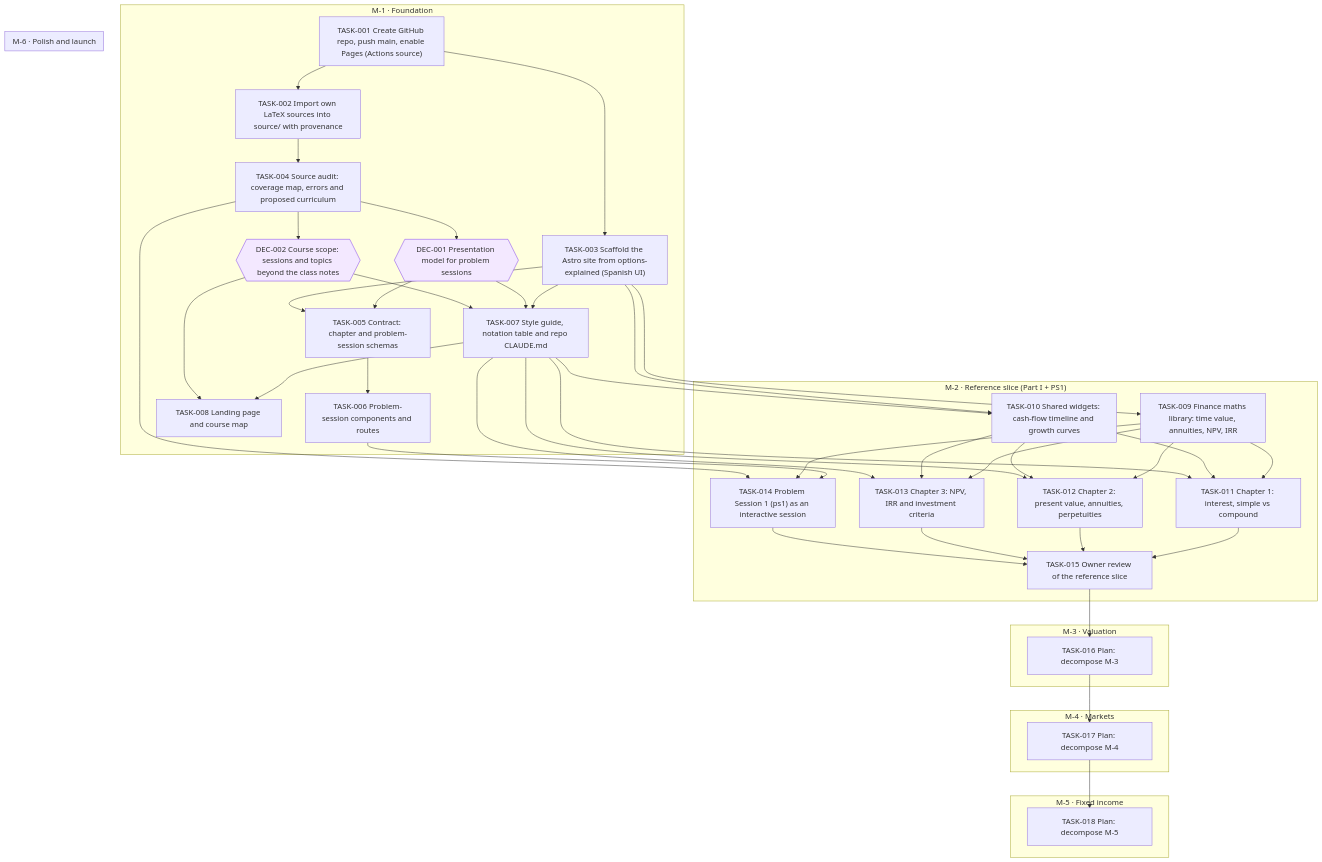
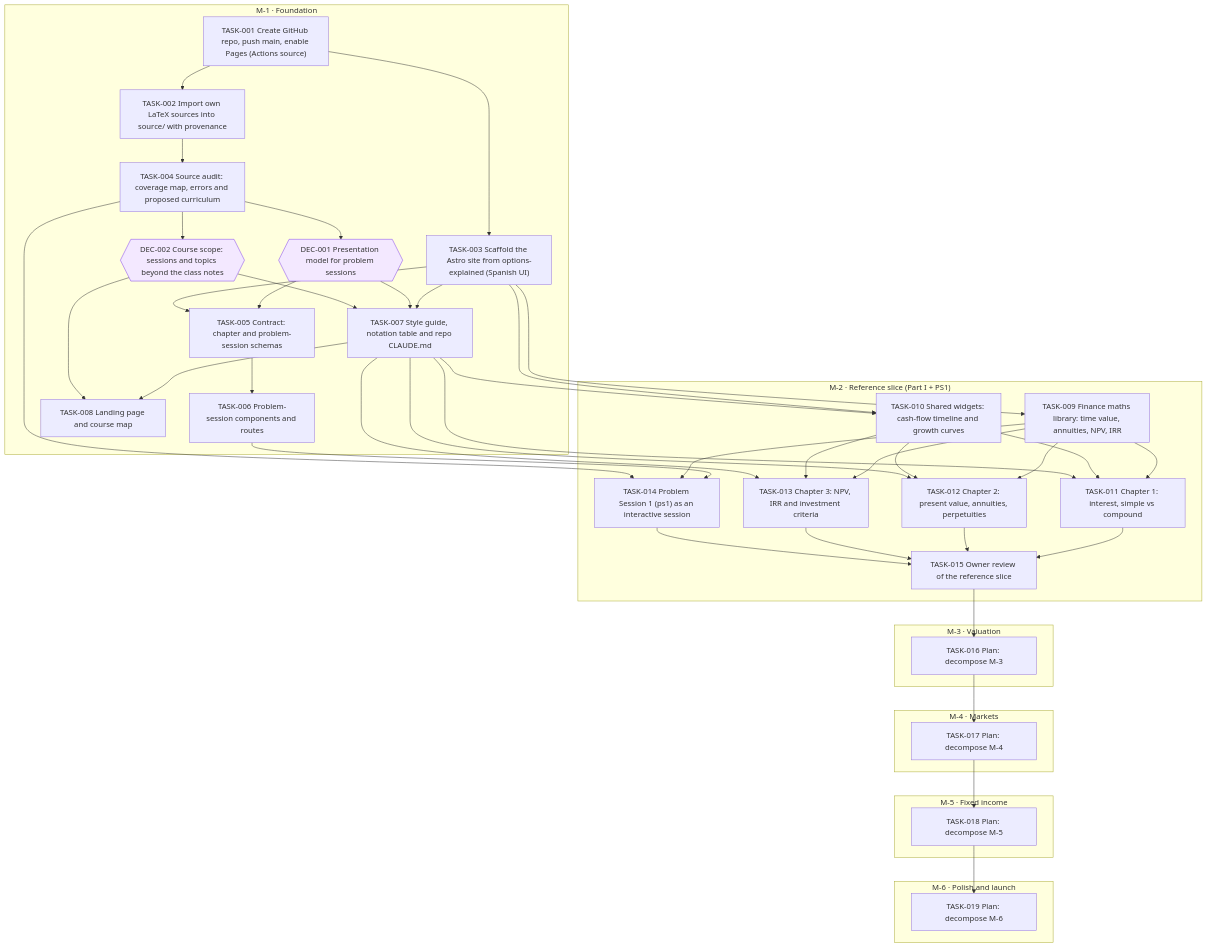
Before and after one commit to jesusvillota/economia-financiera: the diagram in goals/course-site/README.md, drawn with Mermaid. The commit also changed 1 other file, not shown here.

Commit message:
goal(course-site): add TASK-019 Plan: decompose M-6

````diff
--- a/goals/course-site/README.md
+++ b/goals/course-site/README.md
@@ -19,75 +19,77 @@
 ```mermaid
 flowchart TD
   subgraph M_1["M-1 · Foundation"]
     DEC_001{{"DEC-001 Presentation model for problem sessions"}}
     DEC_002{{"DEC-002 Course scope: sessions and topics beyond the class notes"}}
     TASK_001["TASK-001 Create GitHub repo, push main, enable Pages (Actions source)"]
     TASK_002["TASK-002 Import own LaTeX sources into source/ with provenance"]
     TASK_003["TASK-003 Scaffold the Astro site from options-explained (Spanish UI)"]
     TASK_004["TASK-004 Source audit: coverage map, errors and proposed curriculum"]
     TASK_005["TASK-005 Contract: chapter and problem-session schemas"]
     TASK_006["TASK-006 Problem-session components and routes"]
     TASK_007["TASK-007 Style guide, notation table and repo CLAUDE.md"]
     TASK_008["TASK-008 Landing page and course map"]
   end
   subgraph M_2["M-2 · Reference slice (Part I + PS1)"]
     TASK_009["TASK-009 Finance maths library: time value, annuities, NPV, IRR"]
     TASK_010["TASK-010 Shared widgets: cash-flow timeline and growth curves"]
     TASK_011["TASK-011 Chapter 1: interest, simple vs compound"]
     TASK_012["TASK-012 Chapter 2: present value, annuities, perpetuities"]
     TASK_013["TASK-013 Chapter 3: NPV, IRR and investment criteria"]
     TASK_014["TASK-014 Problem Session 1 (ps1) as an interactive session"]
     TASK_015["TASK-015 Owner review of the reference slice"]
   end
   subgraph M_3["M-3 · Valuation"]
     TASK_016["TASK-016 Plan: decompose M-3"]
   end
   subgraph M_4["M-4 · Markets"]
     TASK_017["TASK-017 Plan: decompose M-4"]
   end
   subgraph M_5["M-5 · Fixed income"]
     TASK_018["TASK-018 Plan: decompose M-5"]
   end
   subgraph M_6["M-6 · Polish and launch"]
+    TASK_019["TASK-019 Plan: decompose M-6"]
   end
   TASK_004 --> DEC_001
   TASK_004 --> DEC_002
   TASK_001 --> TASK_002
   TASK_001 --> TASK_003
   TASK_002 --> TASK_004
   DEC_001 --> TASK_005
   TASK_003 --> TASK_005
   TASK_005 --> TASK_006
   TASK_003 --> TASK_007
   DEC_001 --> TASK_007
   DEC_002 --> TASK_007
   TASK_007 --> TASK_008
   DEC_002 --> TASK_008
   TASK_003 --> TASK_009
   TASK_003 --> TASK_010
   TASK_007 --> TASK_010
   TASK_009 --> TASK_011
   TASK_010 --> TASK_011
   TASK_007 --> TASK_011
   TASK_009 --> TASK_012
   TASK_010 --> TASK_012
   TASK_007 --> TASK_012
   TASK_009 --> TASK_013
   TASK_010 --> TASK_013
   TASK_007 --> TASK_013
   TASK_006 --> TASK_014
   TASK_009 --> TASK_014
   TASK_004 --> TASK_014
   TASK_011 --> TASK_015
   TASK_012 --> TASK_015
   TASK_013 --> TASK_015
   TASK_014 --> TASK_015
   TASK_015 --> TASK_016
   TASK_016 --> TASK_017
   TASK_017 --> TASK_018
+  TASK_018 --> TASK_019
   classDef draft stroke-dasharray: 4 3
   classDef cancelled opacity:0.45
   classDef decision fill:#f3e8ff,stroke:#7c3aed
   class DEC_001 decision
   class DEC_002 decision
 ```
````
